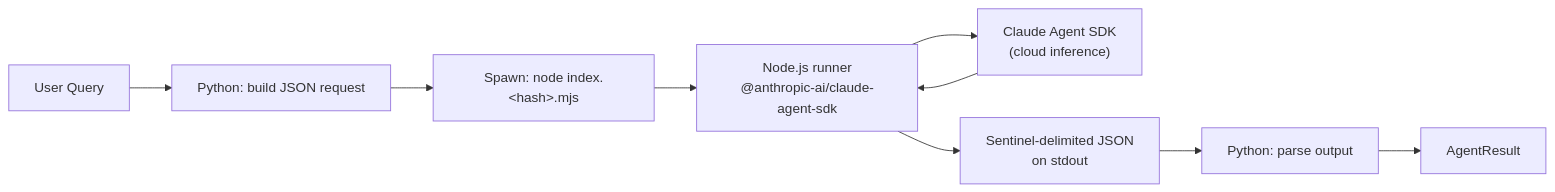
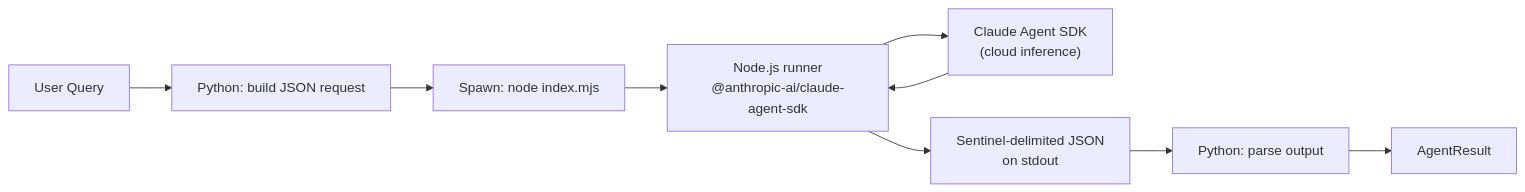
The fifth of 6 diagrams in docs/architecture/agents.md (open-jarvis/OpenJarvis), drawn with Mermaid before and after one commit. The commit also changed other lines of this file and 9 other files, not shown here.

````diff
--- a/docs/architecture/agents.md
+++ b/docs/architecture/agents.md
@@ -373,11 +373,11 @@
 ```mermaid
 graph LR
     Q["User Query"] --> PY["Python: build JSON request"]
-    PY --> SPAWN["Spawn: node index.&lt;hash&gt;.mjs"]
+    PY --> SPAWN["Spawn: node index.mjs"]
     SPAWN --> NODE["Node.js runner<br/>@anthropic-ai/claude-agent-sdk"]
     NODE --> SDK["Claude Agent SDK<br/>(cloud inference)"]
     SDK --> NODE
     NODE --> JSON["Sentinel-delimited JSON<br/>on stdout"]
     JSON --> PARSE["Python: parse output"]
     PARSE --> R["AgentResult"]
 ```
````
